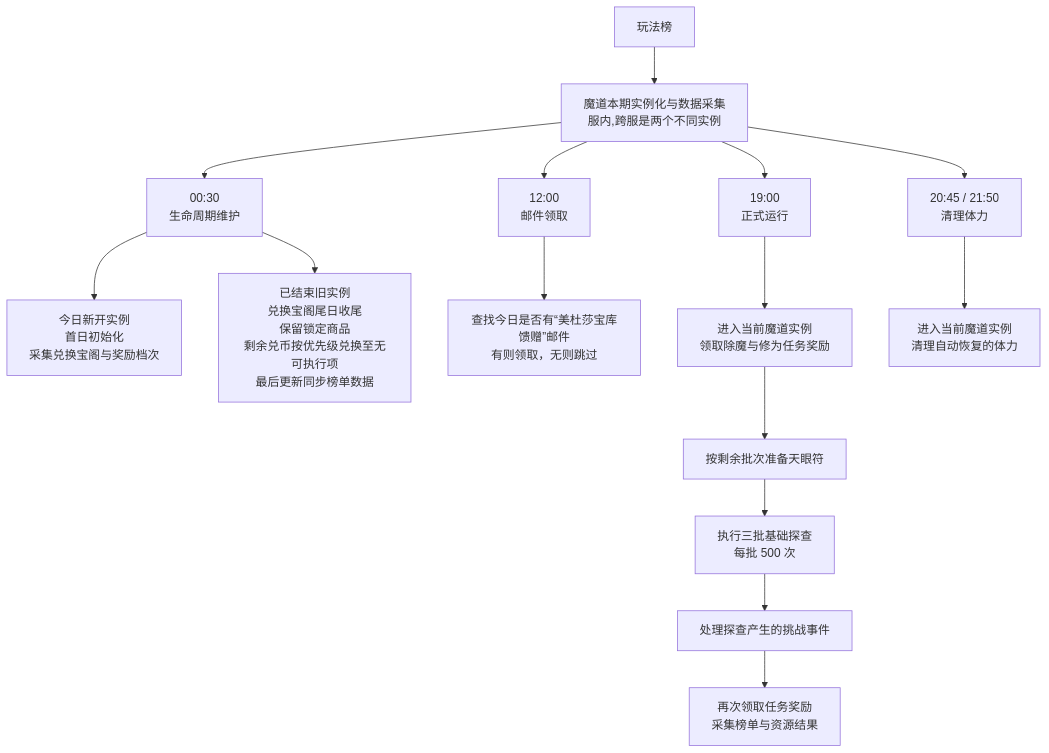
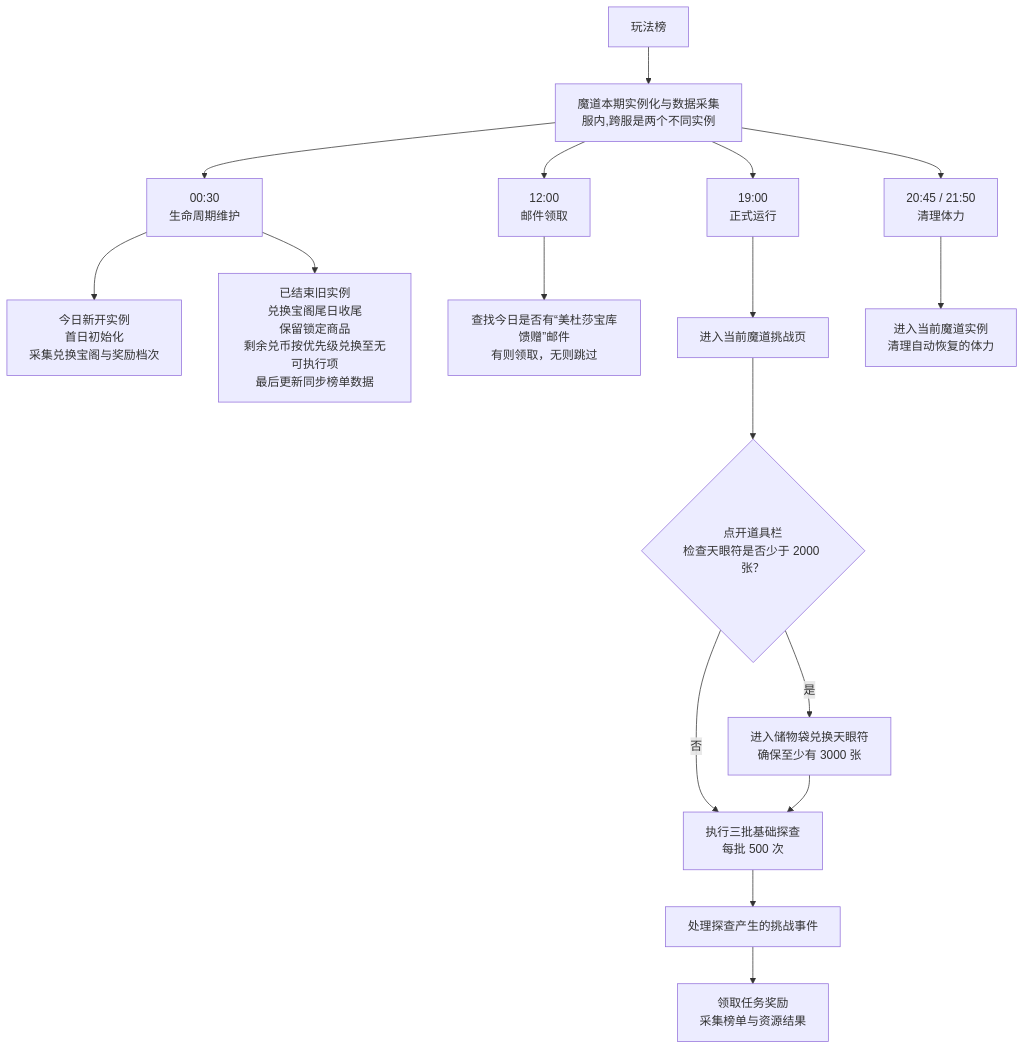
The diagram in docs/domains/fanxiu/plans/魔道入侵规划架构.md (code4101/codeyun), drawn with Mermaid before and after one commit. The commit also changed other lines of this file and 36 other files, not shown here.

````diff
--- a/docs/domains/fanxiu/plans/魔道入侵规划架构.md
+++ b/docs/domains/fanxiu/plans/魔道入侵规划架构.md
@@ -7,23 +7,25 @@
 ```mermaid
 flowchart TB
     A["玩法榜"] --> B["魔道本期实例化与数据采集<br/>服内,跨服是两个不同实例"]
 
     B --> H["00:30<br/>生命周期维护"]
     B --> E["12:00<br/>邮件领取"]
     B --> I["19:00<br/>正式运行"]
     B --> U["20:45 / 21:50<br/>清理体力"]
 
     H --> K["今日新开实例<br/>首日初始化<br/>采集兑换宝阁与奖励档次"]
     H --> J["已结束旧实例<br/>兑换宝阁尾日收尾<br/>保留锁定商品<br/>剩余兑币按优先级兑换至无可执行项<br/>最后更新同步榜单数据"]
 
     E --> F["查找今日是否有“美杜莎宝库馈赠”邮件<br/>有则领取，无则跳过"]
 
-    I --> L["进入当前魔道实例<br/>领取除魔与修为任务奖励"]
-    L --> M["按剩余批次准备天眼符"]
-    M --> N["执行三批基础探查<br/>每批 500 次"]
+    I --> L["进入当前魔道挑战页"]
+    L --> Q{"点开道具栏<br/>检查天眼符是否少于 2000 张？"}
+    Q -->|是| R["进入储物袋兑换天眼符<br/>确保至少有 3000 张"]
+    Q -->|否| N["执行三批基础探查<br/>每批 500 次"]
+    R --> N
     N --> O["处理探查产生的挑战事件"]
-    O --> P["再次领取任务奖励<br/>采集榜单与资源结果"]
+    O --> P["领取任务奖励<br/>采集榜单与资源结果"]
 
     U --> W["进入当前魔道实例<br/>清理自动恢复的体力"]
 
 ```
````
